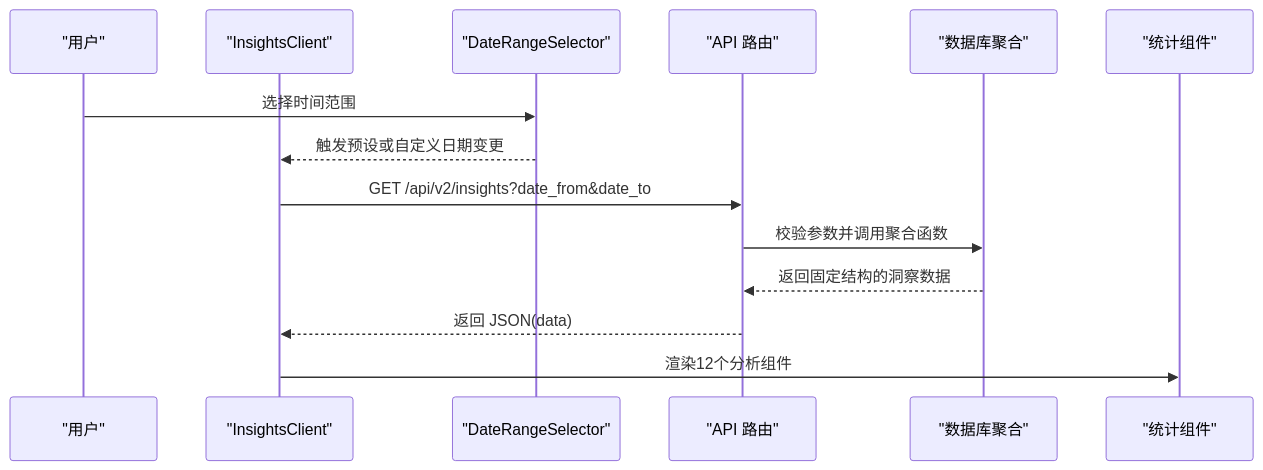
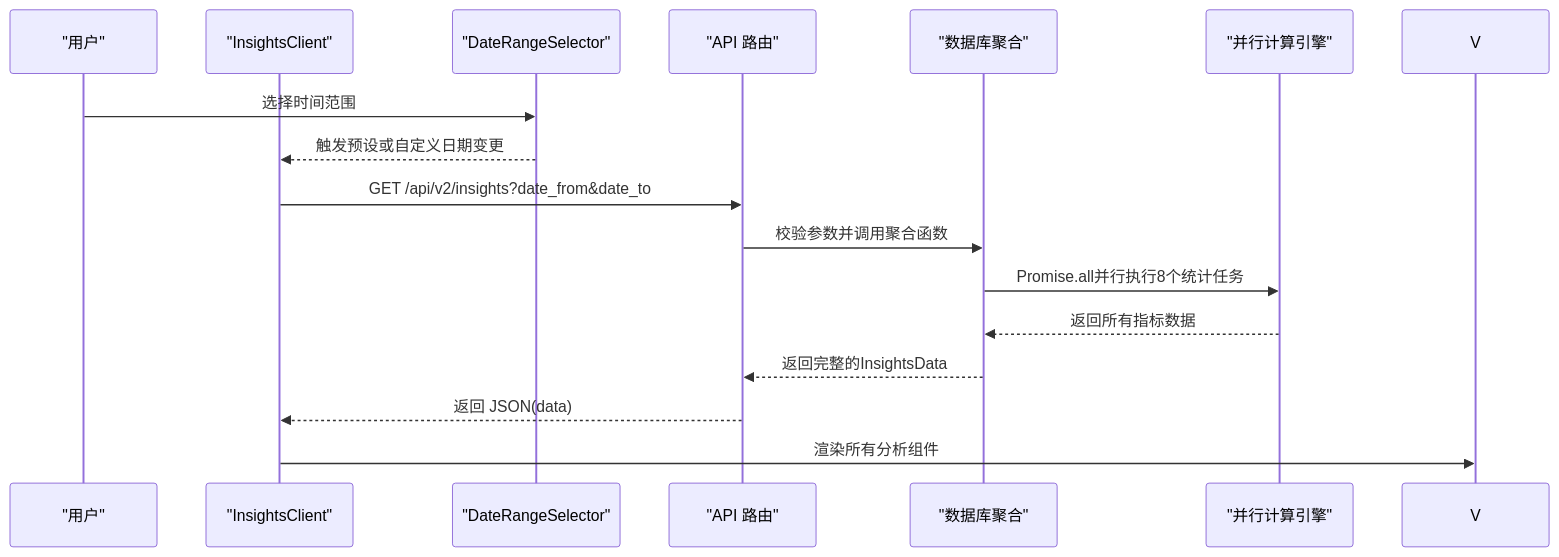
One commit to bbong1234/TETO changed the second of 5 diagrams in .qoder/repowiki/zh/content/核心功能模块/洞察分析系统/洞察分析系统.md. Above: the diagram before and after it, drawn with Mermaid. The commit also changed other lines of this file and 352 other files, not shown here.

````diff
--- a/.qoder/repowiki/zh/content/核心功能模块/洞察分析系统/洞察分析系统.md
+++ b/.qoder/repowiki/zh/content/核心功能模块/洞察分析系统/洞察分析系统.md
@@ -137,16 +91,18 @@
 ```mermaid
 sequenceDiagram
 participant U as "用户"
 participant C as "InsightsClient"
 participant S as "DateRangeSelector"
 participant R as "API 路由"
 participant D as "数据库聚合"
-participant V as "统计组件"
+participant P as "并行计算引擎"
 U->>S : 选择时间范围
 S-->>C : 触发预设或自定义日期变更
 C->>R : GET /api/v2/insights?date_from&date_to
 R->>D : 校验参数并调用聚合函数
-D-->>R : 返回固定结构的洞察数据
+D->>P : Promise.all并行执行8个统计任务
+P-->>D : 返回所有指标数据
+D-->>R : 返回完整的InsightsData
 R-->>C : 返回 JSON(data)
-C->>V : 渲染12个分析组件
+C->>V : 渲染所有分析组件
 ```
````
